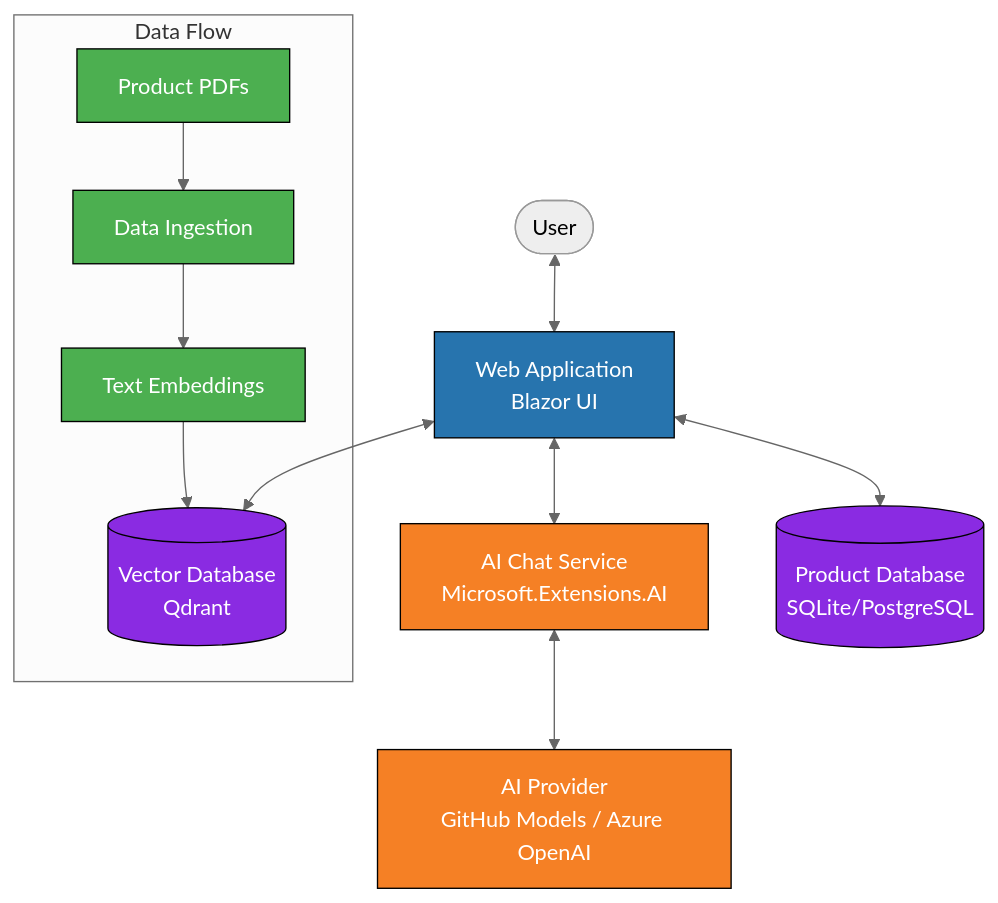
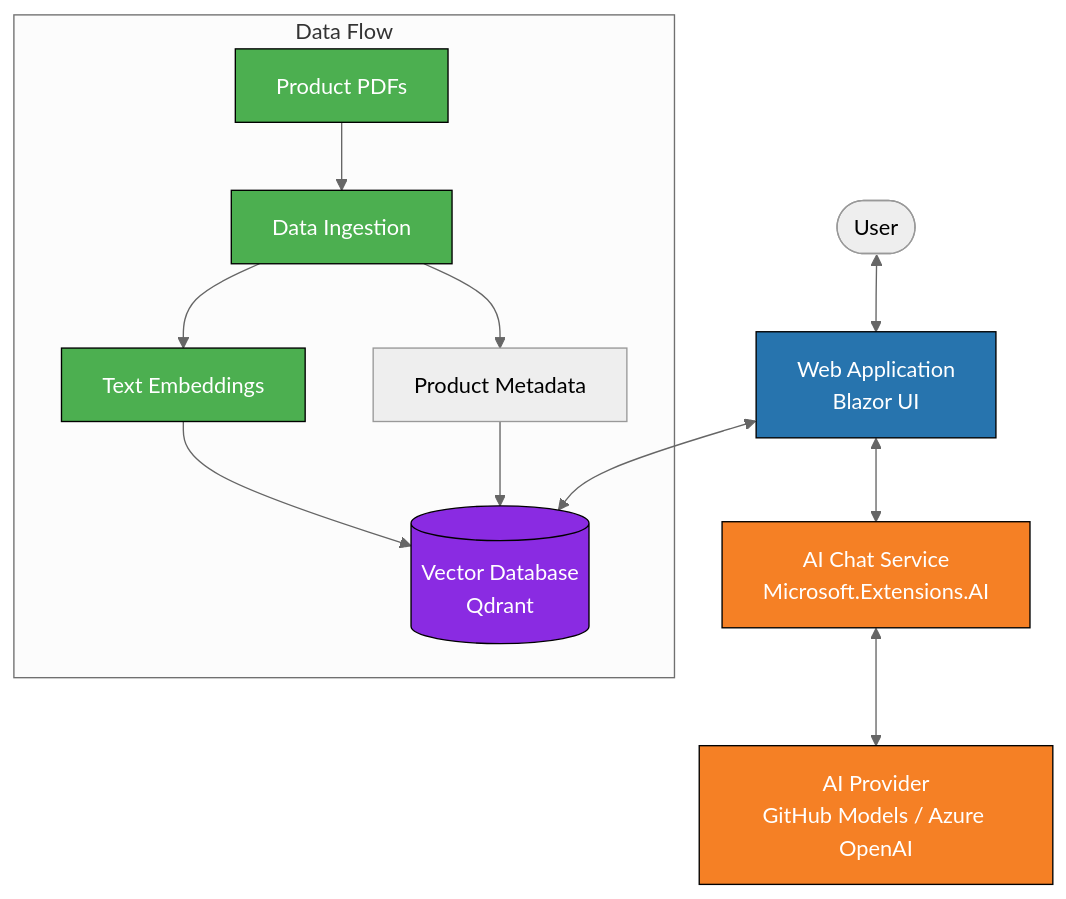
The first of 3 diagrams in README.md (dotnet-presentations/ai-workshop), drawn with Mermaid (neutral theme) before and after one commit. The commit also changed other lines of this file and 4 other files, not shown here.

Commit message:
Final cleanup: remove EF references from complete, update README architecture, revert start to template defaults

````diff
--- a/README.md
+++ b/README.md
@@ -32,24 +32,25 @@
 ```mermaid
 flowchart TD
     User([User]) <--> WebApp[Web Application<br>Blazor UI]
     WebApp <--> VectorDB[(Vector Database<br>Qdrant)]
     WebApp <--> AIChatService[AI Chat Service<br>Microsoft.Extensions.AI]
-    WebApp <--> ProductDB[(Product Database<br>SQLite/PostgreSQL)]
     AIChatService <--> AIProvider[AI Provider<br>GitHub Models / Azure OpenAI]
     
     subgraph Data Flow
         PDFs[Product PDFs] --> Ingestion[Data Ingestion]
         Ingestion --> Embeddings[Text Embeddings]
+        Ingestion --> ProductData[Product Metadata]
         Embeddings --> VectorDB
+        ProductData --> VectorDB
     end
     
     classDef webapp fill:#2774AE,stroke:#000,color:#fff
     classDef aiservice fill:#F58025,stroke:#000,color:#fff
     classDef database fill:#8A2BE2,stroke:#000,color:#fff
     classDef dataflow fill:#4CAF50,stroke:#000,color:#fff
     
     class WebApp webapp
     class AIChatService,AIProvider aiservice
     class VectorDB,ProductDB database
     class PDFs,Ingestion,Embeddings dataflow
 ```
````
